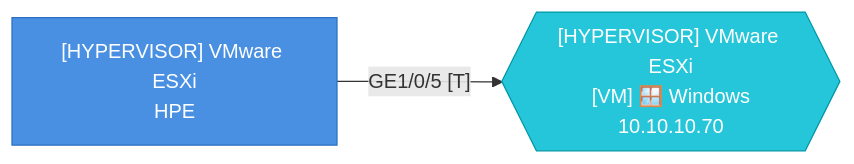
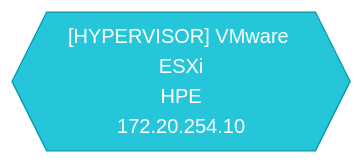
Before and after one commit to djamic/LLDP-Skanner-Go: diagram 31 of 35 in testdata/golden/report_esxi_sections.md, drawn with Mermaid. The commit also changed other lines of this file and 2 other files, not shown here.

First line of the commit message:
F73: one hypervisor diagram per hypervisor port; only vNIC links are VMs

````diff
--- a/testdata/golden/report_esxi_sections.md
+++ b/testdata/golden/report_esxi_sections.md
@@ -856,8 +793,5 @@
 ```mermaid
 graph LR
-  98f2b3225c18{{"[HYPERVISOR] VMware ESXi<br>[VM] 🪟 Windows<br>10.10.10.70"}}
-  4caea3277eca["[HYPERVISOR] VMware ESXi<br>HPE"]
-  4caea3277eca-- "GE1/0/5 [T]" -->98f2b3225c18
-  style 4caea3277eca fill:#4A90E2,stroke:#2A6FC2,color:#fff
-  style 98f2b3225c18 fill:#26C6DA,stroke:#0097A7,color:#fff
+  4caea3277eca{{"[HYPERVISOR] VMware ESXi<br>HPE<br>172.20.254.10"}}
+  style 4caea3277eca fill:#26C6DA,stroke:#0097A7,color:#fff
 ```
````
